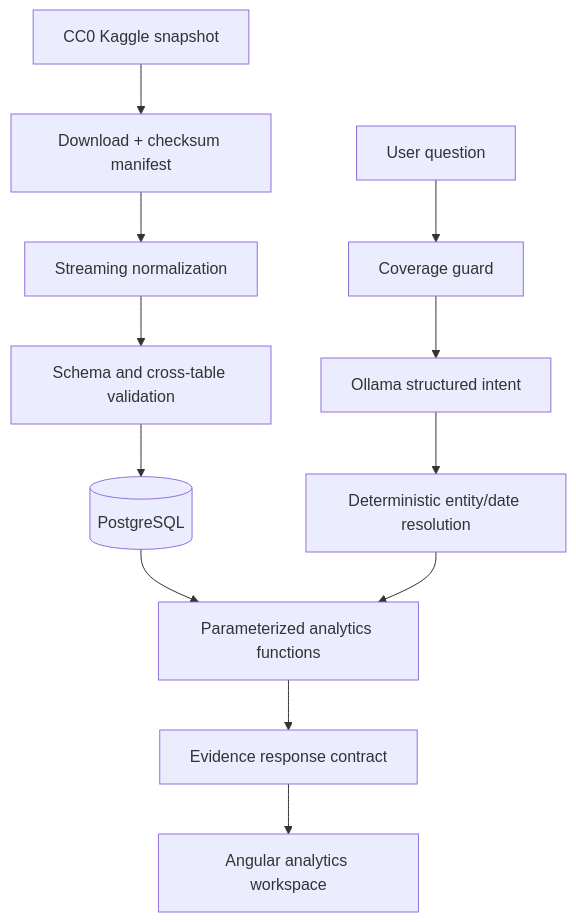
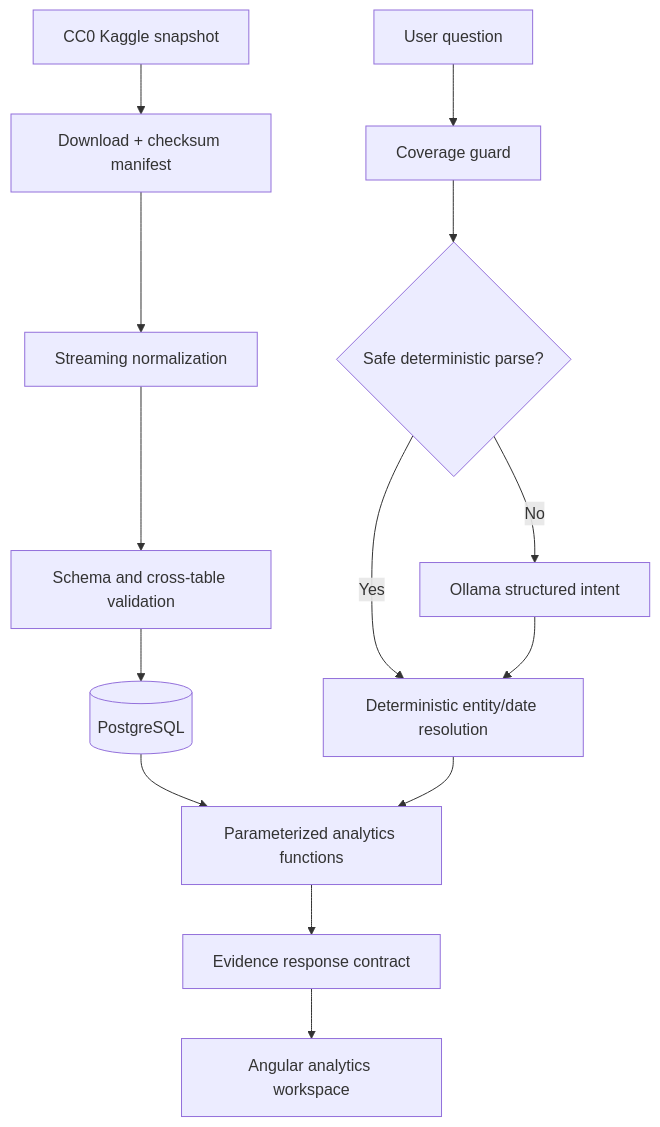
Before and after one commit to Nico71113/nba-rockets-ai-analytics: the diagram in docs/ARCHITECTURE.md, drawn with Mermaid. The commit also changed other lines of this file and 28 other files, not shown here.

````diff
--- a/docs/ARCHITECTURE.md
+++ b/docs/ARCHITECTURE.md
@@ -11,14 +11,16 @@
 ```mermaid
 flowchart TD
     A[CC0 Kaggle snapshot] --> B[Download + checksum manifest]
     B --> C[Streaming normalization]
     C --> D[Schema and cross-table validation]
     D --> E[(PostgreSQL)]
     Q[User question] --> F[Coverage guard]
-    F --> G[Ollama structured intent]
-    G --> H[Deterministic entity/date resolution]
+    F --> G{Safe deterministic parse?}
+    G -->|Yes| H[Deterministic entity/date resolution]
+    G -->|No| L[Ollama structured intent]
+    L --> H
     E --> I[Parameterized analytics functions]
     H --> I
     I --> J[Evidence response contract]
     J --> K[Angular analytics workspace]
 ```
````
